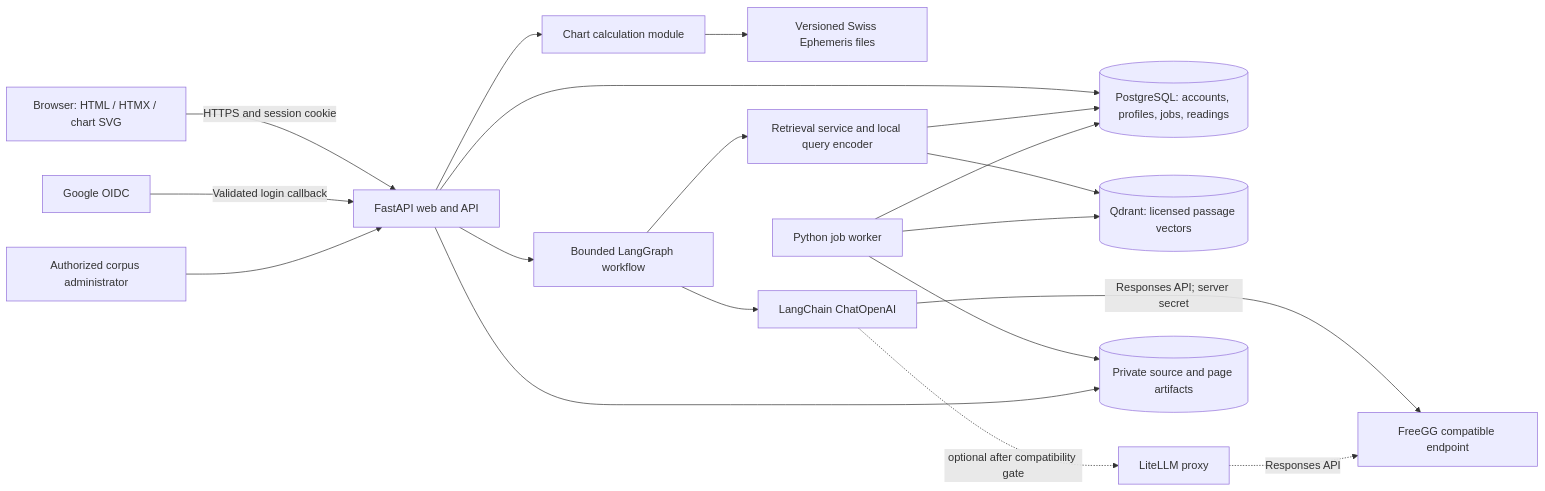
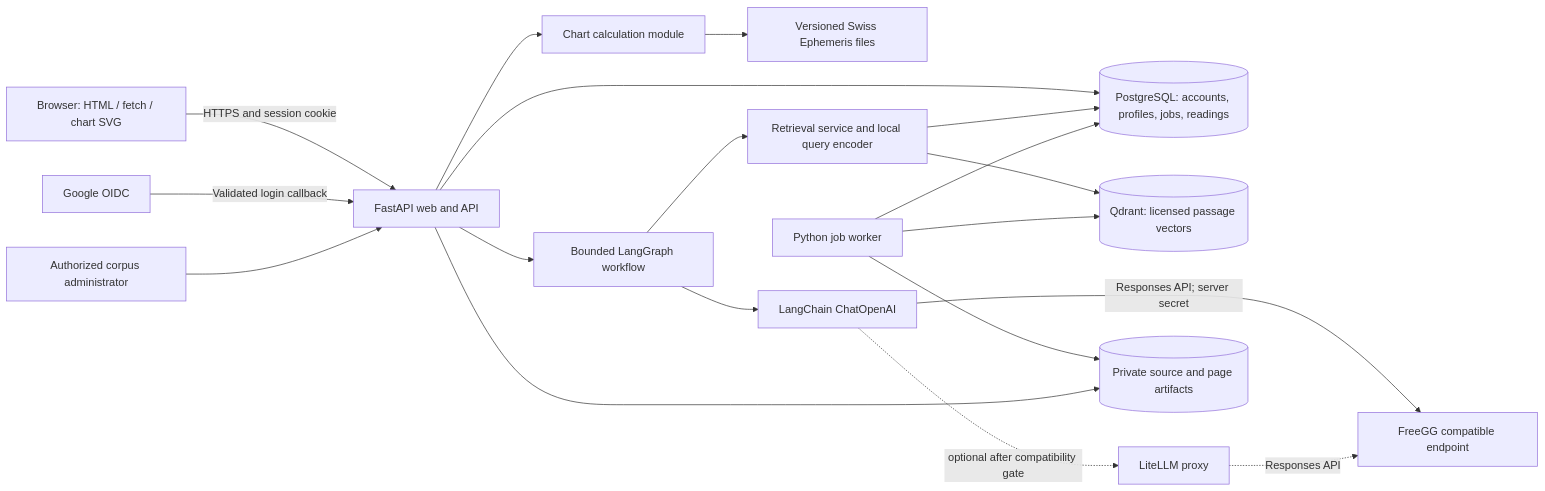
Before and after one commit to sandeshbagmare/astrology-evidence: the first of 2 diagrams in context/03-architecture.md, drawn with Mermaid. The commit also changed other lines of this file and 15 other files, not shown here.

````diff
--- a/context/03-architecture.md
+++ b/context/03-architecture.md
@@ -11,21 +11,21 @@
 ```mermaid
 flowchart LR
-    Browser[Browser: HTML / HTMX / chart SVG] -->|HTTPS and session cookie| Web[FastAPI web and API]
+    Browser[Browser: HTML / fetch / chart SVG] -->|HTTPS and session cookie| Web[FastAPI web and API]
     Google[Google OIDC] -->|Validated login callback| Web
     Web --> DB[(PostgreSQL: accounts, profiles, jobs, readings)]
     Web --> Calc[Chart calculation module]
     Calc --> Eph[Versioned Swiss Ephemeris files]
     Web --> Workflow[Bounded LangGraph workflow]
     Workflow --> Retrieve[Retrieval service and local query encoder]
     Retrieve --> Q[(Qdrant: licensed passage vectors)]
     Retrieve --> DB
     Workflow --> LC[LangChain ChatOpenAI]
     LC -->|Responses API; server secret| Provider[FreeGG compatible endpoint]
     LC -. optional after compatibility gate .-> Gateway[LiteLLM proxy]
     Gateway -. Responses API .-> Provider
     Admin[Authorized corpus administrator] --> Web
     Worker[Python job worker] --> DB
     Worker --> Objects[(Private source and page artifacts)]
     Worker --> Q
     Web --> Objects
 ```
````
